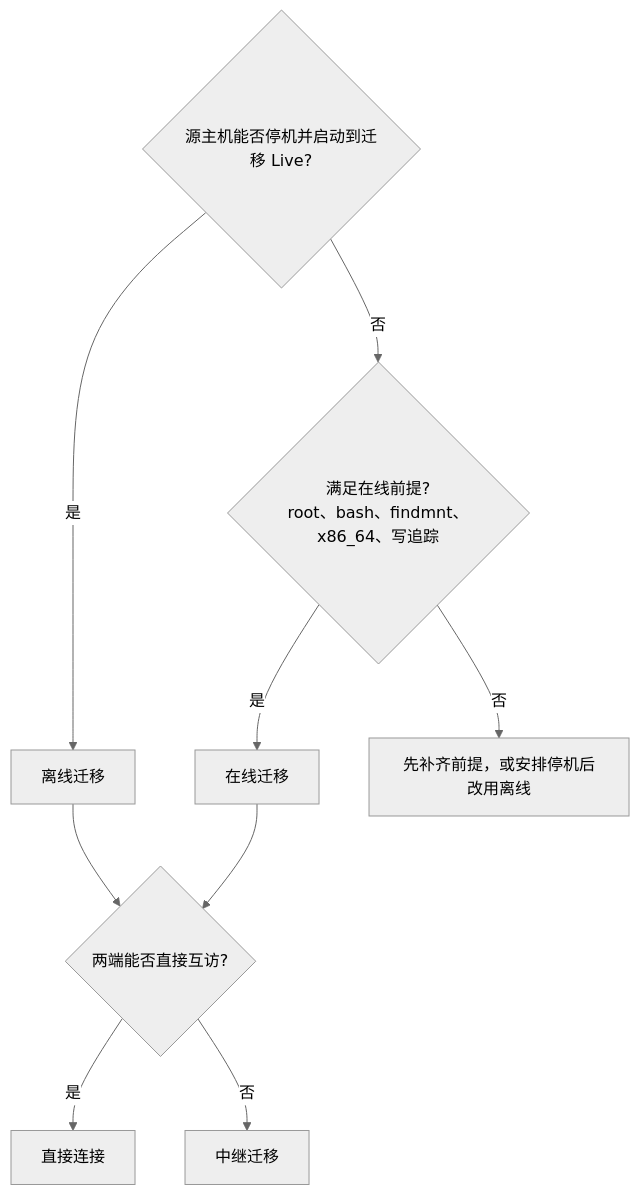
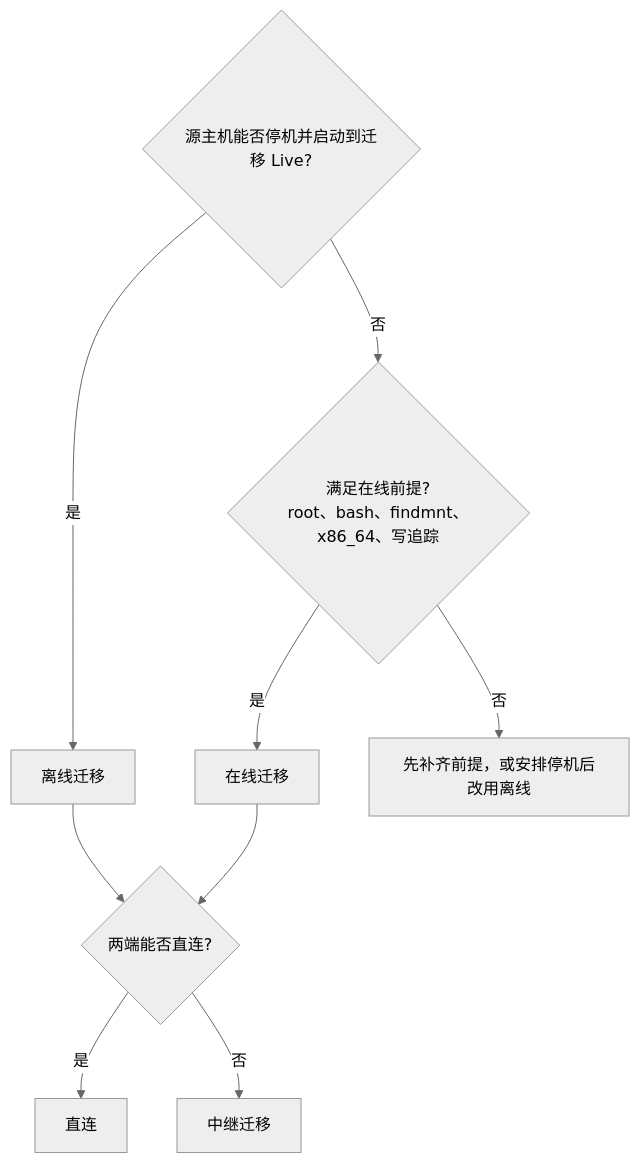
One commit to tktogether/migrator changed the diagram in docs/wiki/03-quickstart.md. Above: the diagram before and after it, drawn with Mermaid (neutral theme). The commit also changed other lines of this file and 10 other files, not shown here.

````diff
--- a/docs/wiki/03-quickstart.md
+++ b/docs/wiki/03-quickstart.md
@@ -91,11 +91,11 @@
 ```mermaid
 flowchart TD
     A{"源主机能否停机并启动到迁移 Live?"} -->|是| B["离线迁移"]
     A -->|否| C{"满足在线前提?<br/>root、bash、findmnt、x86_64、写追踪"}
     C -->|是| D["在线迁移"]
     C -->|否| E["先补齐前提，或安排停机后改用离线"]
-    B --> F{"两端能否直接互访?"}
+    B --> F{"两端能否直连?"}
     D --> F
-    F -->|是| G["直接连接"]
+    F -->|是| G["直连"]
     F -->|否| H["中继迁移"]
 ```
````
